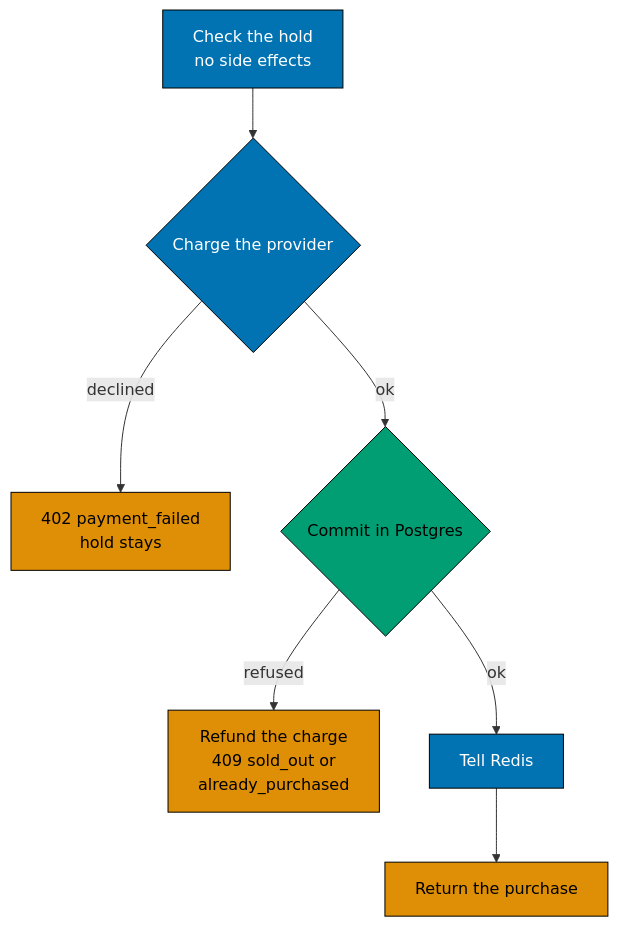
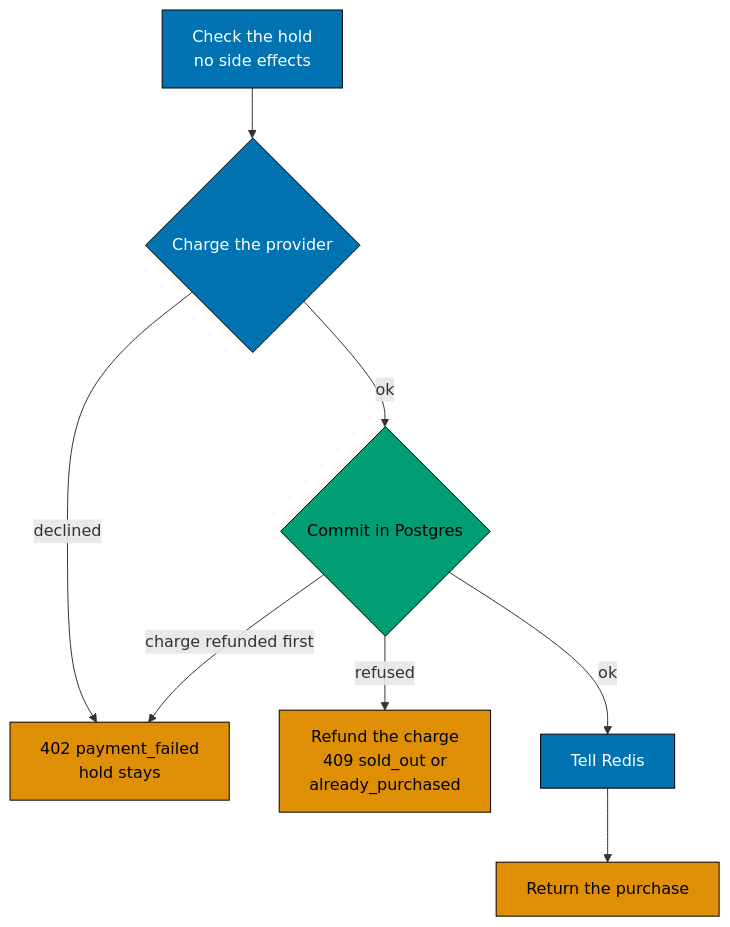
Before and after one commit to wahidyankf/coding-itv-js-flashsale: the diagram in docs/explanation/payment-and-refunds.md, drawn with Mermaid. The commit also changed other lines of this file and 28 other files, not shown here.

First line of the commit message:
fix(flash-be): a refund and a commit of one hold take turns, and holds lock sale, user, hold

````diff
--- a/docs/explanation/payment-and-refunds.md
+++ b/docs/explanation/payment-and-refunds.md
@@ -14,25 +14,26 @@
 ```mermaid
 flowchart TD
   accTitle: How a hold becomes a purchase
-  accDescr: The service checks the hold, then charges the provider. A declined charge gives 402 payment_failed and the hold stays. If the charge works, one Postgres transaction commits the purchase. If the commit says sold_out or already_purchased, the charge is refunded and a 409 is returned. If the commit works, the service tells Redis and returns the purchase.
+  accDescr: The service checks the hold, then charges the provider. A declined charge gives 402 payment_failed and the hold stays. If the charge works, one Postgres transaction commits the purchase. If the commit says sold_out or already_purchased, the charge is refunded and a 409 is returned. If the charge was refunded before the commit, nothing is written and 402 payment_failed is returned with the hold kept. If the commit works, the service tells Redis and returns the purchase.
   check["Check the hold<br/>no side effects"]
   charge{"Charge the provider"}
   declined["402 payment_failed<br/>hold stays"]
   commit{"Commit in Postgres"}
   refund["Refund the charge<br/>409 sold_out or<br/>already_purchased"]
   tell["Tell Redis"]
   done["Return the purchase"]
   check --> charge
   charge -->|declined| declined
   charge -->|ok| commit
   commit -->|refused| refund
+  commit -->|charge refunded first| declined
   commit -->|ok| tell
   tell --> done
   classDef step fill:#0173B2,stroke:#000000,color:#FFFFFF
   classDef store fill:#029E73,stroke:#000000,color:#000000
   classDef answer fill:#DE8F05,stroke:#000000,color:#000000
   classDef default fill:#808080,stroke:#000000,color:#000000
   class check,charge,tell step
   class commit store
   class declined,refund,done answer
 ```
````
